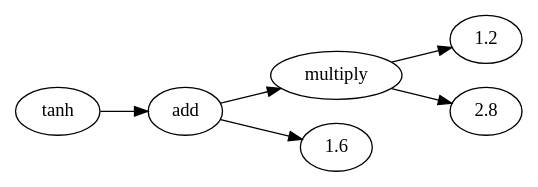
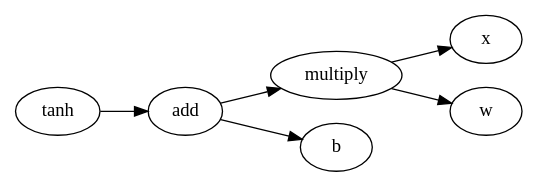
One commit to WackAlley/worksheet changed the diagram in project2/graph_out/tt/function4.gv. Above: the diagram before and after it, drawn with Graphviz. The commit also changed 11 other files, not shown here.

```diff
--- a/project2/graph_out/tt/function4.gv
+++ b/project2/graph_out/tt/function4.gv
@@ -1,14 +1,14 @@
 digraph function4 {
 	rankdir=LR
-	140130323660624 [label=tanh]
-	140130323647760 [label=add]
-	140130323660624 -> 140130323647760
-	140130324027984 [label=multiply]
-	140130323647760 -> 140130324027984
-	140133311440144 [label=1.2]
-	140130324027984 -> 140133311440144
-	140133345465776 [label=2.8]
-	140130324027984 -> 140133345465776
-	140133345462128 [label=1.6]
-	140130323647760 -> 140133345462128
+	139896267269008 [label=tanh]
+	139896267268432 [label=add]
+	139896267269008 -> 139896267268432
+	139896266229664 [label=multiply]
+	139896267268432 -> 139896266229664
+	139899301835984 [label=x]
+	139896266229664 -> 139899301835984
+	139896287210560 [label=w]
+	139896266229664 -> 139896287210560
+	139896287207520 [label=b]
+	139896267268432 -> 139896287207520
 }
```
